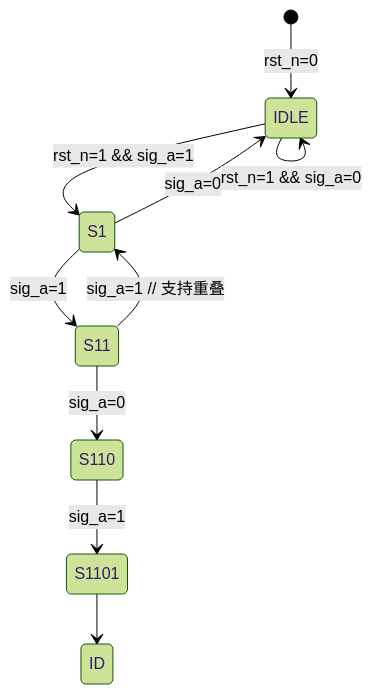
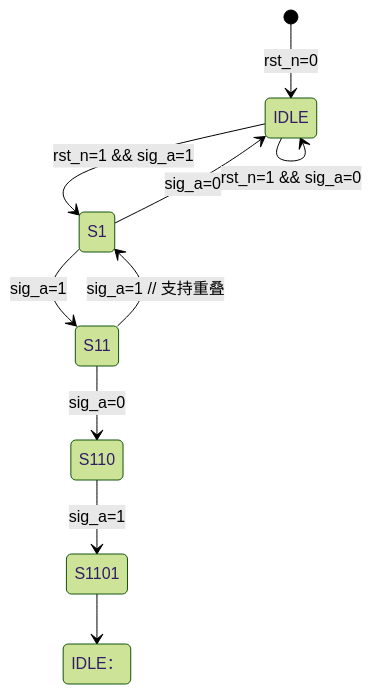
Before and after one commit to a784517106/iodraw-files: the diagram in all/未命名-2.md, drawn with Mermaid (forest theme).

Commit message:
2024-09-18 23:29:22 update

````diff
--- a/all/未命名-2.md
+++ b/all/未命名-2.md
@@ -1,15 +1,15 @@
 ```mermaid
 stateDiagram
     [*] --> IDLE : rst_n=0
     IDLE --> S1 : rst_n=1 && sig_a=1
     IDLE --> IDLE : rst_n=1 && sig_a=0
 
     S1 --> S11 : sig_a=1
     S1 --> IDLE : sig_a=0
 
     S11 --> S110 : sig_a=0
     S11 --> S1 : sig_a=1  // 支持重叠
 
     S110 --> S1101 : sig_a=1
-    S1101 --> ID
+    S1101 --> IDLE：
 ```
````
